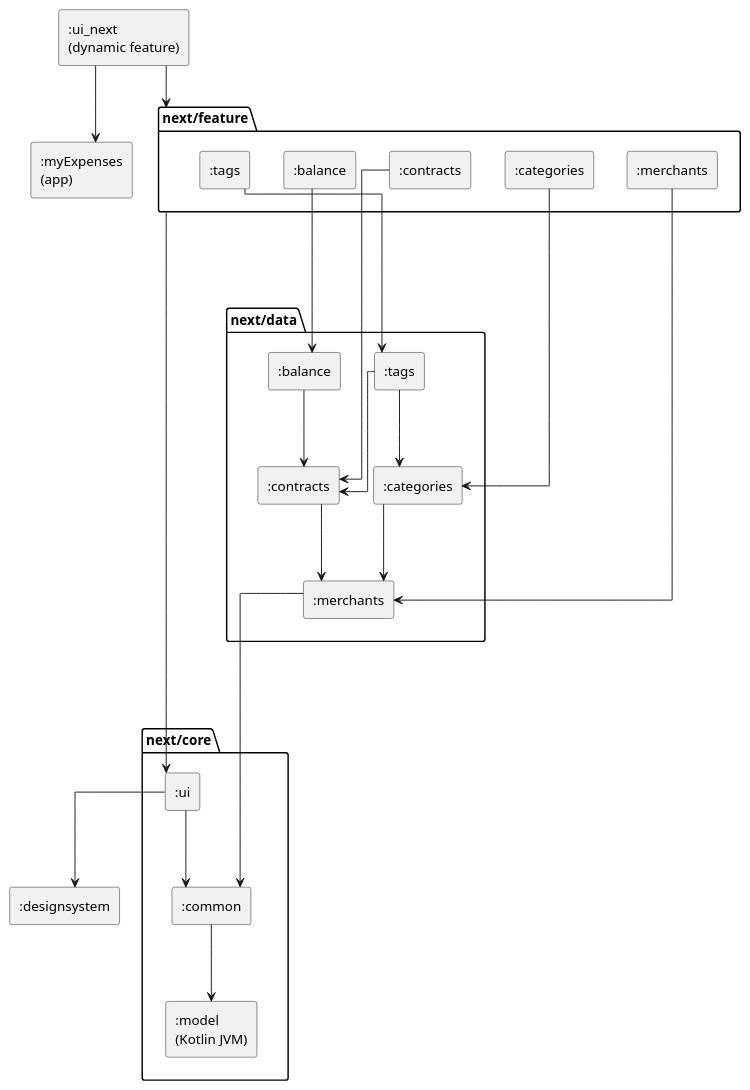
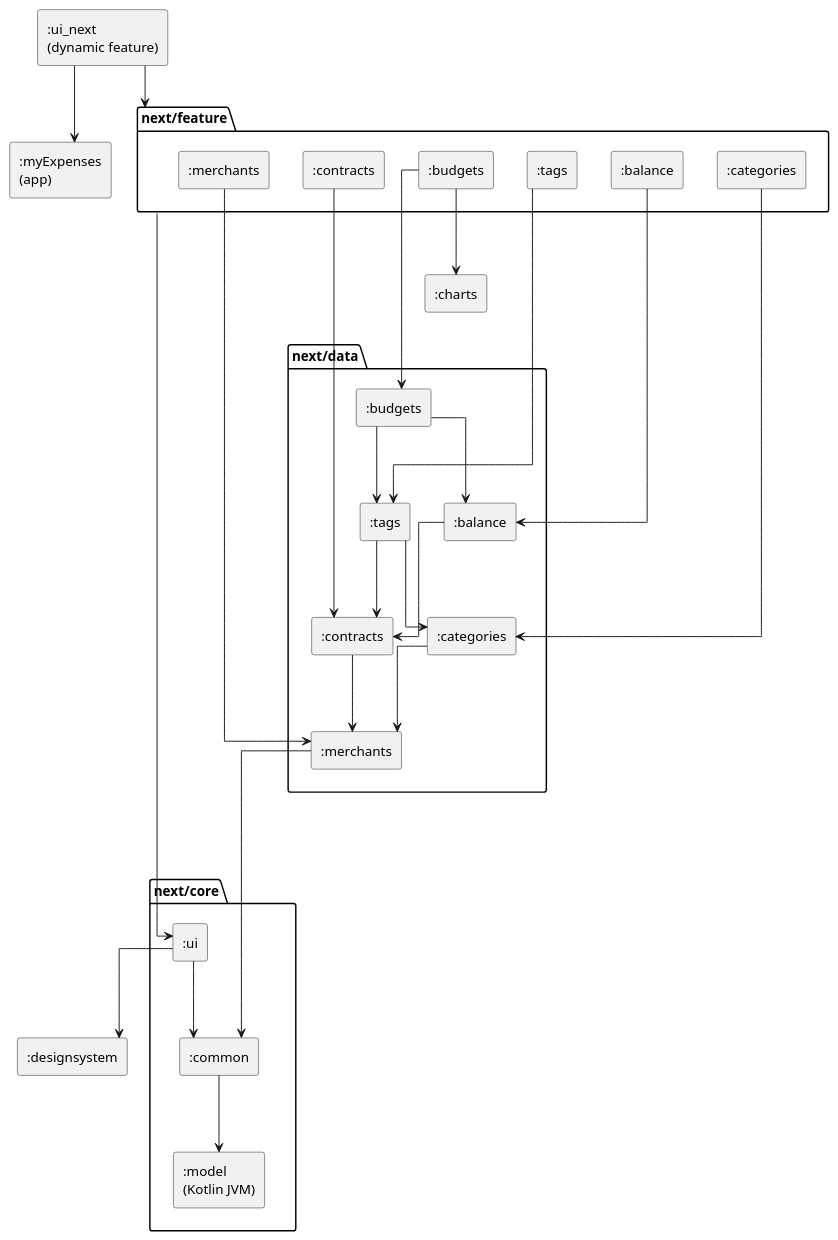
One commit to castn/MyExpenses changed the diagram in ui_next/modules.puml. Above: the diagram before and after it, drawn with PlantUML. The commit also changed 10 other files, not shown here.

```diff
--- a/ui_next/modules.puml
+++ b/ui_next/modules.puml
@@ -1,58 +1,65 @@
 @startuml modules
 ' Generated by the task moduleGraph of build-logic (ModuleGraphPlugin), do not edit.
 ' Dependencies between the modules of the new UI, rule `mod-diagram` of ARCHITECTURE.md.
 ' An edge that follows from a longer path is left out.
 ' An edge from or to a package stands for an edge from or to every module in it.
 skinparam componentStyle rectangle
 skinparam linetype ortho
 skinparam ranksep 80
 top to bottom direction
 
+[:charts] as mCharts
 [:designsystem] as mDesignsystem
 [:myExpenses\n(app)] as mMyExpenses
 [:ui_next\n(dynamic feature)] as mUiNext
 
 package "next/core" as pNextCore {
     [:common] as mNextCoreCommon
     [:model\n(Kotlin JVM)] as mNextCoreModel
     [:ui] as mNextCoreUi
 }
 
 package "next/data" as pNextData {
     [:balance] as mNextDataBalance
+    [:budgets] as mNextDataBudgets
     [:categories] as mNextDataCategories
     [:contracts] as mNextDataContracts
     [:merchants] as mNextDataMerchants
     [:tags] as mNextDataTags
 }
 
 package "next/feature" as pNextFeature {
     [:balance] as mNextFeatureBalance
+    [:budgets] as mNextFeatureBudgets
     [:categories] as mNextFeatureCategories
     [:contracts] as mNextFeatureContracts
     [:merchants] as mNextFeatureMerchants
     [:tags] as mNextFeatureTags
 }
 
 ' Layout only
 mNextDataMerchants -[hidden]--> pNextCore
 mNextFeatureTags -[hidden]--> pNextData
 
 mUiNext --> pNextFeature
 pNextFeature --> mNextCoreUi
 mNextCoreCommon --> mNextCoreModel
 mNextCoreUi --> mDesignsystem
 mNextCoreUi --> mNextCoreCommon
 mNextDataBalance --> mNextDataContracts
+mNextDataBudgets --> mNextDataBalance
+mNextDataBudgets --> mNextDataTags
 mNextDataCategories --> mNextDataMerchants
 mNextDataContracts --> mNextDataMerchants
 mNextDataMerchants --> mNextCoreCommon
 mNextDataTags --> mNextDataCategories
 mNextDataTags --> mNextDataContracts
 mNextFeatureBalance --> mNextDataBalance
+mNextFeatureBudgets --> mCharts
+mNextFeatureBudgets --> mNextDataBudgets
 mNextFeatureCategories --> mNextDataCategories
 mNextFeatureContracts --> mNextDataContracts
 mNextFeatureMerchants --> mNextDataMerchants
 mNextFeatureTags --> mNextDataTags
 mUiNext --> mMyExpenses
 @enduml
```
